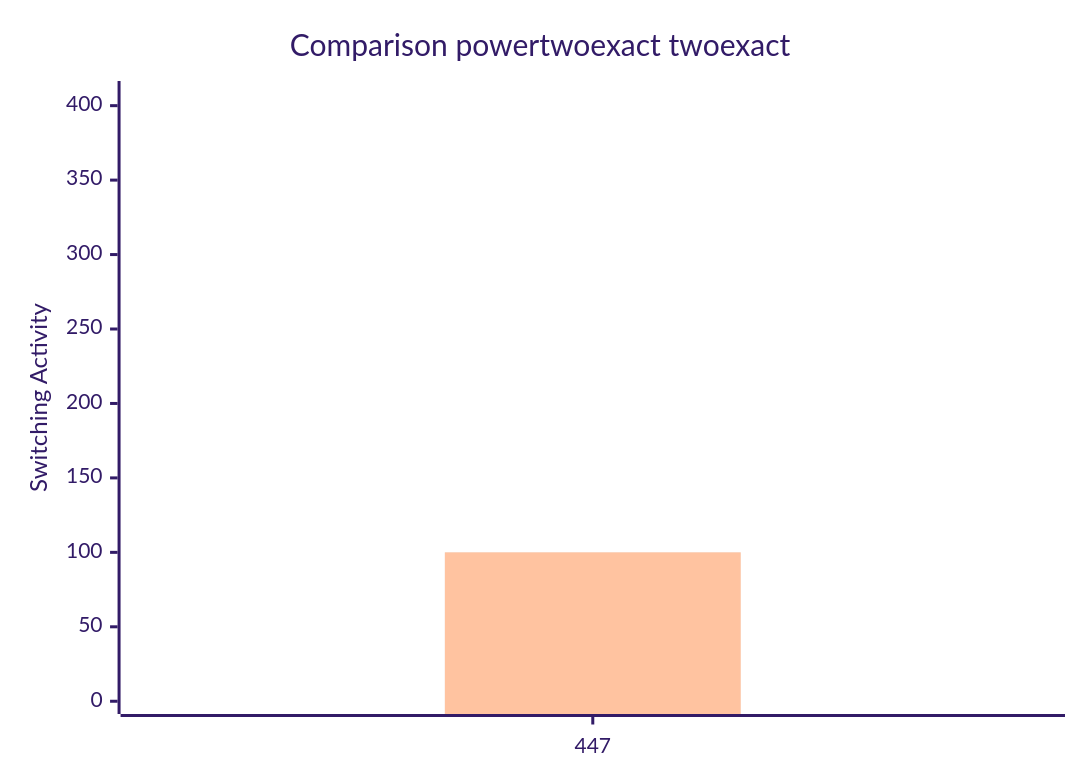
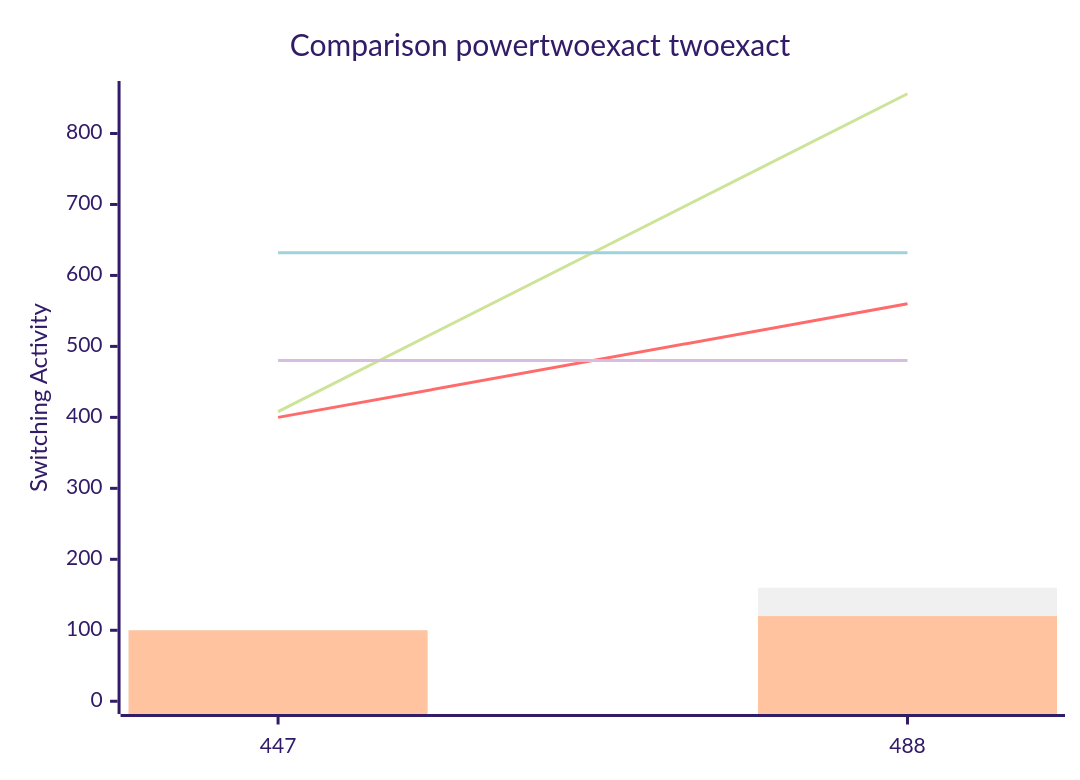
Before and after one commit to FeldmeierMichael/Exact-Power-Synthesis: the diagram in benchmark_opt2.md, drawn with Mermaid (forest theme). The commit also changed other lines of this file, not shown here.

````diff
--- a/benchmark_opt2.md
+++ b/benchmark_opt2.md
@@ -3,12 +5,12 @@
 ```mermaid
 xychart-beta
     title "Comparison powertwoexact twoexact"
-    x-axis [447]
-    y-axis "Switching Activity" 0-->408
-    line [408]
-    line [400]
-    line [408.0]
-    line [400.0]
-    bar [100]
-    bar [100]
+    x-axis [447, 488]
+    y-axis "Switching Activity" 0-->856
+    line [408, 856]
+    line [400, 560]
+    line [632.0, 632.0]
+    line [480.0, 480.0]
+    bar [100, 160]
+    bar [100, 120]
 ```
````
